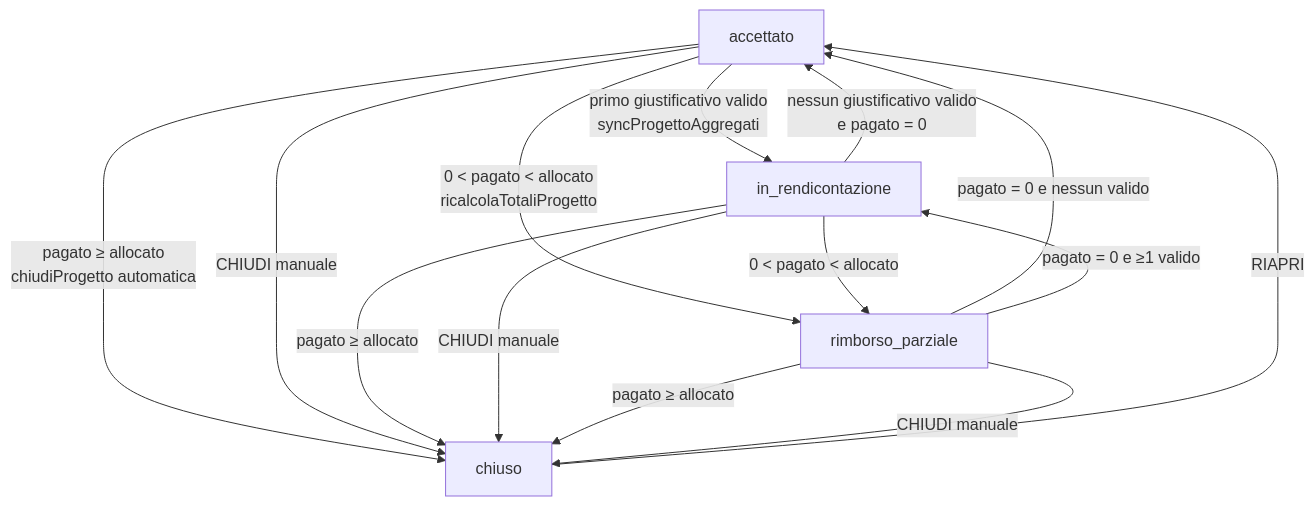
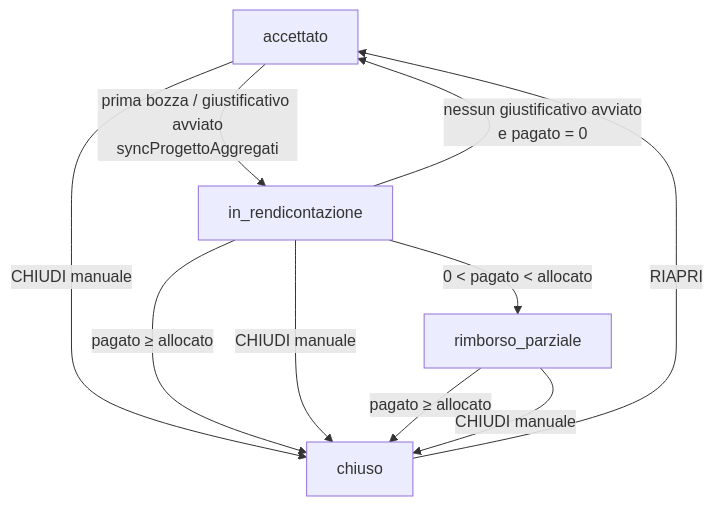
The second of 4 diagrams in docs/flussi-stati.md (prinapo/volontari), drawn with Mermaid before and after one commit. The commit also changed other lines of this file and 3 other files, not shown here.

````diff
--- a/docs/flussi-stati.md
+++ b/docs/flussi-stati.md
@@ -119,24 +128,20 @@
 ```mermaid
 flowchart TD
     A["accettato"]
     R["in_rendicontazione"]
     P["rimborso_parziale"]
     C["chiuso"]
 
-    A -->|"primo giustificativo valido<br/>syncProgettoAggregati"| R
-    A -->|"0 &lt; pagato &lt; allocato<br/>ricalcolaTotaliProgetto"| P
-    A -->|"pagato ≥ allocato<br/>chiudiProgetto automatica"| C
+    A -->|"prima bozza / giustificativo avviato<br/>syncProgettoAggregati"| R
     A -->|"CHIUDI manuale"| C
 
-    R -->|"nessun giustificativo valido<br/>e pagato = 0"| A
+    R -->|"nessun giustificativo avviato<br/>e pagato = 0"| A
     R -->|"0 &lt; pagato &lt; allocato"| P
     R -->|"pagato ≥ allocato"| C
     R -->|"CHIUDI manuale"| C
 
-    P -->|"pagato = 0 e nessun valido"| A
-    P -->|"pagato = 0 e ≥1 valido"| R
     P -->|"pagato ≥ allocato"| C
     P -->|"CHIUDI manuale"| C
 
     C -->|"RIAPRI"| A
 ```
````
